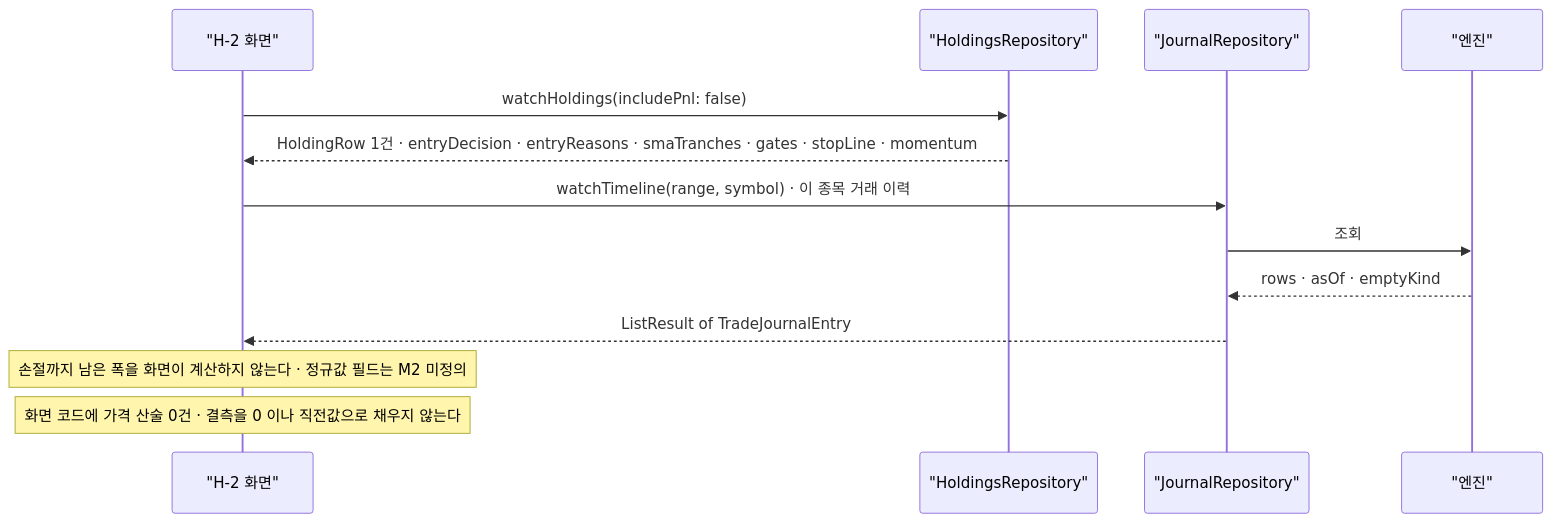
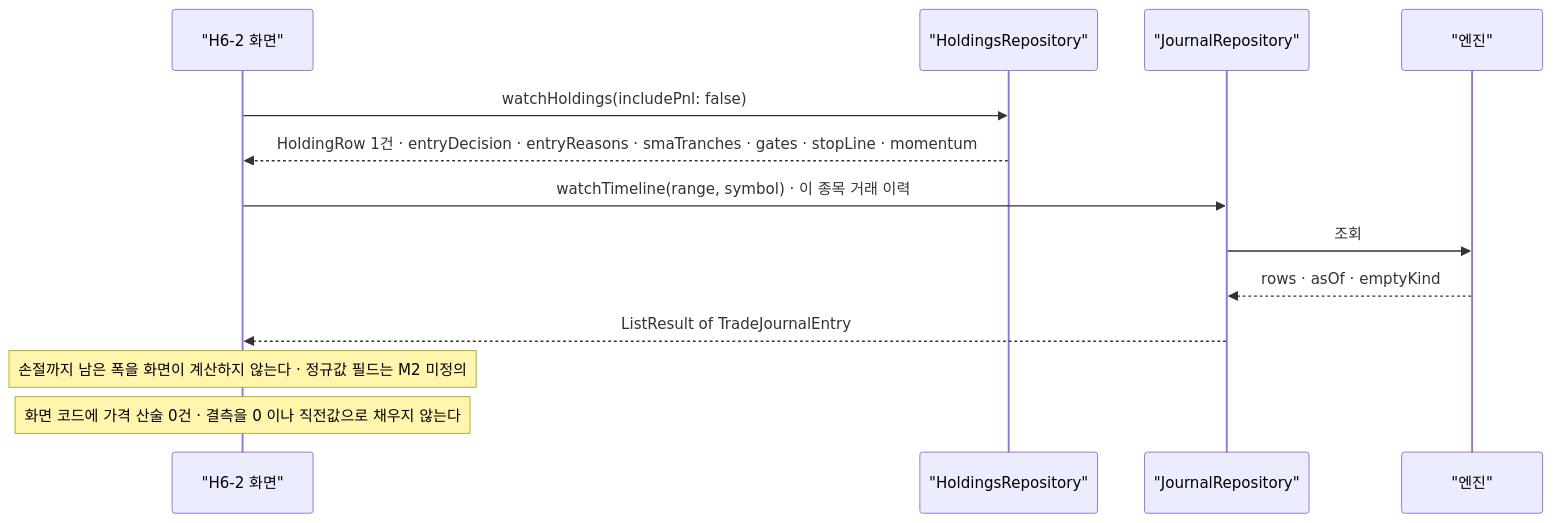
Before and after one commit to billybeom/AutoAlphaQuant: diagram 23 of 27 in docs/ai-context/02_화면명세_M6_매매일지_보유현황.md, drawn with Mermaid. The commit also changed other lines of this file and 17 other files, not shown here.

````diff
--- a/docs/ai-context/02_화면명세_M6_매매일지_보유현황.md
+++ b/docs/ai-context/02_화면명세_M6_매매일지_보유현황.md
@@ -1320,15 +1327,15 @@
 ```mermaid
 sequenceDiagram
-  participant V as "H-2 화면"
+  participant V as "H6-2 화면"
   participant HR as "HoldingsRepository"
   participant JR as "JournalRepository"
   participant EN as "엔진"
   V->>HR: watchHoldings(includePnl: false)
   HR-->>V: HoldingRow 1건 · entryDecision · entryReasons · smaTranches · gates · stopLine · momentum
   V->>JR: watchTimeline(range, symbol) · 이 종목 거래 이력
   JR->>EN: 조회
   EN-->>JR: rows · asOf · emptyKind
   JR-->>V: ListResult of TradeJournalEntry
   Note over V: 손절까지 남은 폭을 화면이 계산하지 않는다 · 정규값 필드는 M2 미정의
   Note over V: 화면 코드에 가격 산술 0건 · 결측을 0 이나 직전값으로 채우지 않는다
 ```
````
